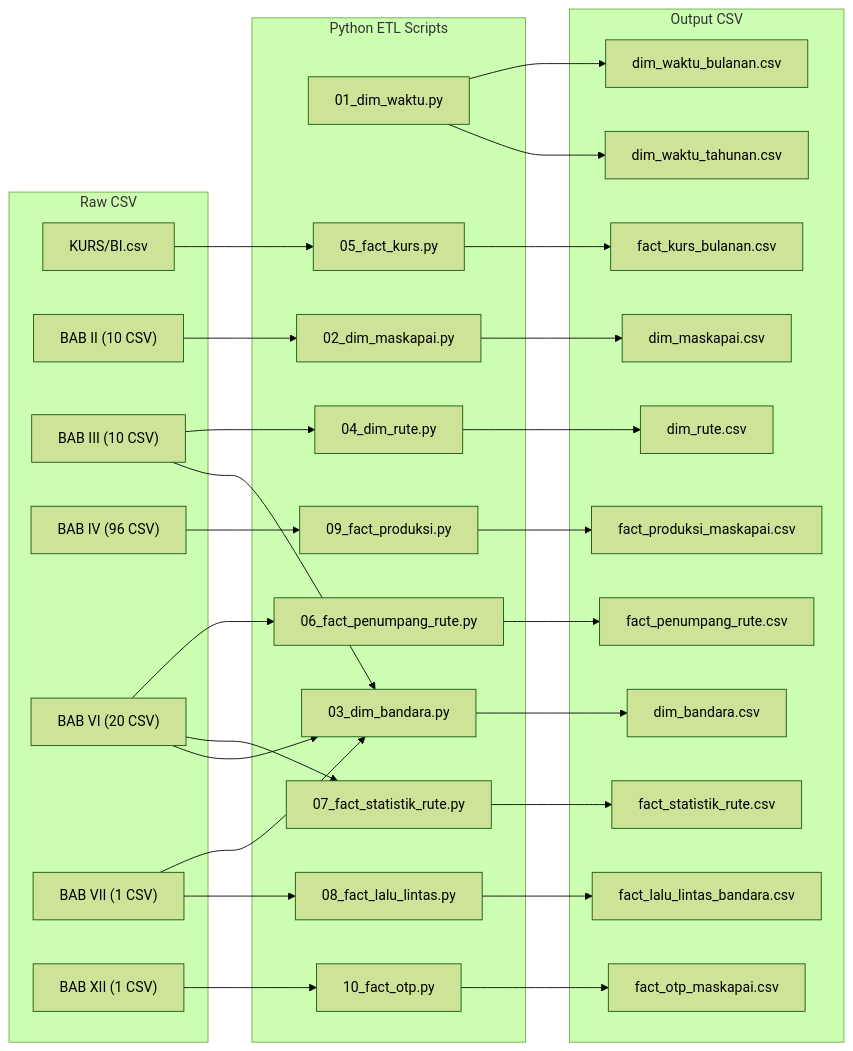
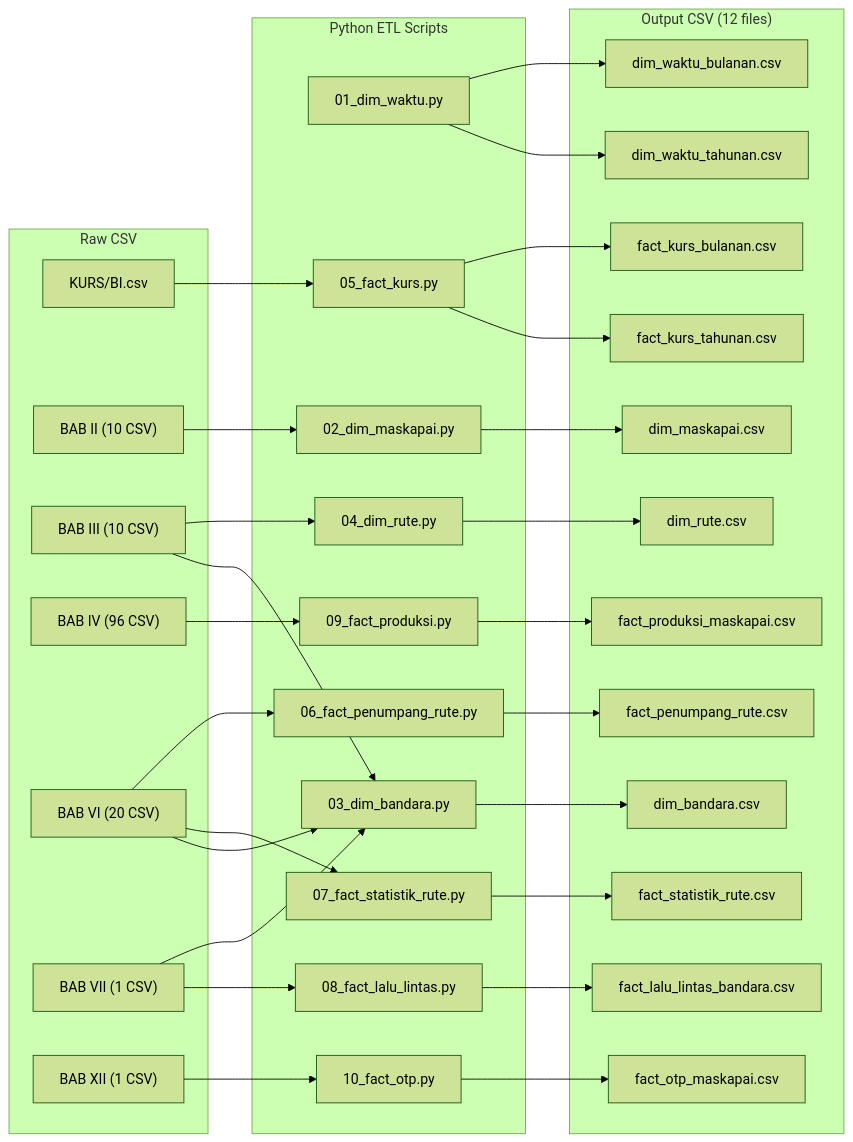
The first of 2 diagrams in implementation_plan.md (haldriansunata/Data-Warehouse-Korelasi-Nilai-Rupiah-Terhadap-Angkutan-Udara-Indonesia-2020-2024-), drawn with Mermaid (forest theme) before and after one commit. The commit also changed other lines of this file and 1 other file, not shown here.

````diff
--- a/implementation_plan.md
+++ b/implementation_plan.md
@@ -29,59 +34,60 @@
 ```mermaid
 graph LR
     subgraph "Raw CSV"
         K["KURS/BI.csv"]
         B2["BAB II (10 CSV)"]
         B3["BAB III (10 CSV)"]
         B4["BAB IV (96 CSV)"]
         B6["BAB VI (20 CSV)"]
         B7["BAB VII (1 CSV)"]
         B12["BAB XII (1 CSV)"]
     end
 
     subgraph "Python ETL Scripts"
         S1["01_dim_waktu.py"]
         S2["02_dim_maskapai.py"]
         S3["03_dim_bandara.py"]
         S4["04_dim_rute.py"]
         S5["05_fact_kurs.py"]
         S6["06_fact_penumpang_rute.py"]
         S7["07_fact_statistik_rute.py"]
         S8["08_fact_lalu_lintas.py"]
         S9["09_fact_produksi.py"]
         S10["10_fact_otp.py"]
     end
 
-    subgraph "Output CSV"
+    subgraph "Output CSV (12 files)"
         D1["dim_waktu_bulanan.csv"]
         D2["dim_waktu_tahunan.csv"]
         D3["dim_maskapai.csv"]
         D4["dim_bandara.csv"]
         D5["dim_rute.csv"]
         F1["fact_kurs_bulanan.csv"]
+        F1b["fact_kurs_tahunan.csv"]
         F2["fact_penumpang_rute.csv"]
         F3["fact_statistik_rute.csv"]
         F4["fact_lalu_lintas_bandara.csv"]
         F5["fact_produksi_maskapai.csv"]
         F6["fact_otp_maskapai.csv"]
     end
 
     K --> S5
     B2 --> S2
     B3 --> S4
     B4 --> S9
     B6 --> S6 & S7
     B7 --> S3 & S8
     B12 --> S10
     B3 & B6 --> S3
 
     S1 --> D1 & D2
     S2 --> D3
     S3 --> D4
     S4 --> D5
-    S5 --> F1
+    S5 --> F1 & F1b
     S6 --> F2
     S7 --> F3
     S8 --> F4
     S9 --> F5
     S10 --> F6
 ```
````
